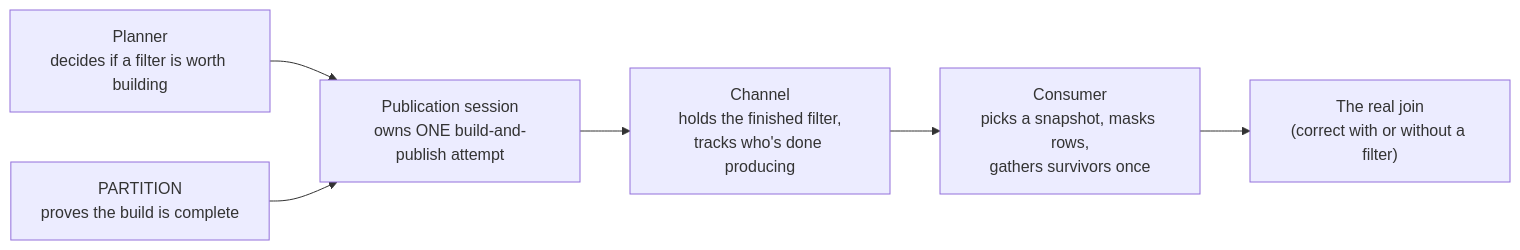
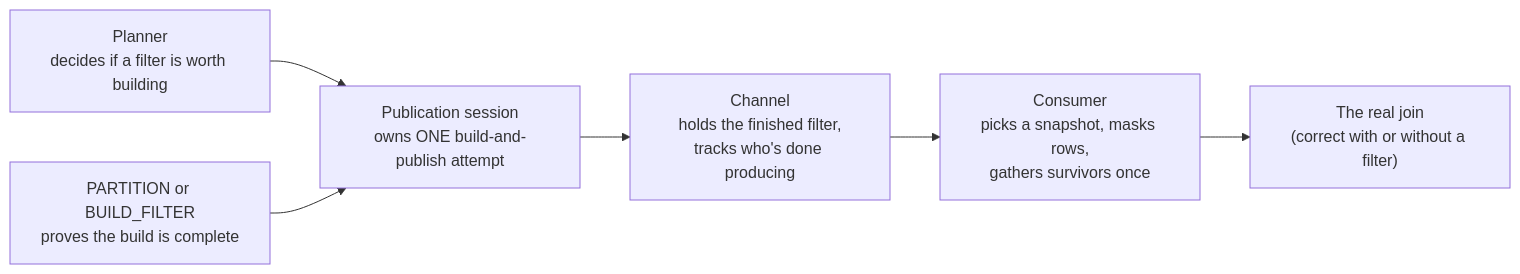
The fourth of 4 diagrams in docs/super-sirius/dynamic-filters-unified-design.md (sirius-db/sirius), drawn with Mermaid before and after one commit. The commit also changed other lines of this file and 10 other files, not shown here.

````diff
--- a/docs/super-sirius/dynamic-filters-unified-design.md
+++ b/docs/super-sirius/dynamic-filters-unified-design.md
@@ -86,8 +86,8 @@
 ```mermaid
 flowchart LR
     Planner["Planner\ndecides if a filter is worth building"] --> Session
-    Partition["PARTITION\nproves the build is complete"] --> Session["Publication session\nowns ONE build-and-publish attempt"]
+    Partition["PARTITION or BUILD_FILTER\nproves the build is complete"] --> Session["Publication session\nowns ONE build-and-publish attempt"]
     Session --> Channel["Channel\nholds the finished filter,\ntracks who's done producing"]
     Channel --> Consumer["Consumer\npicks a snapshot, masks rows,\ngathers survivors once"]
     Consumer --> Join["The real join\n(correct with or without a filter)"]
 ```
````
